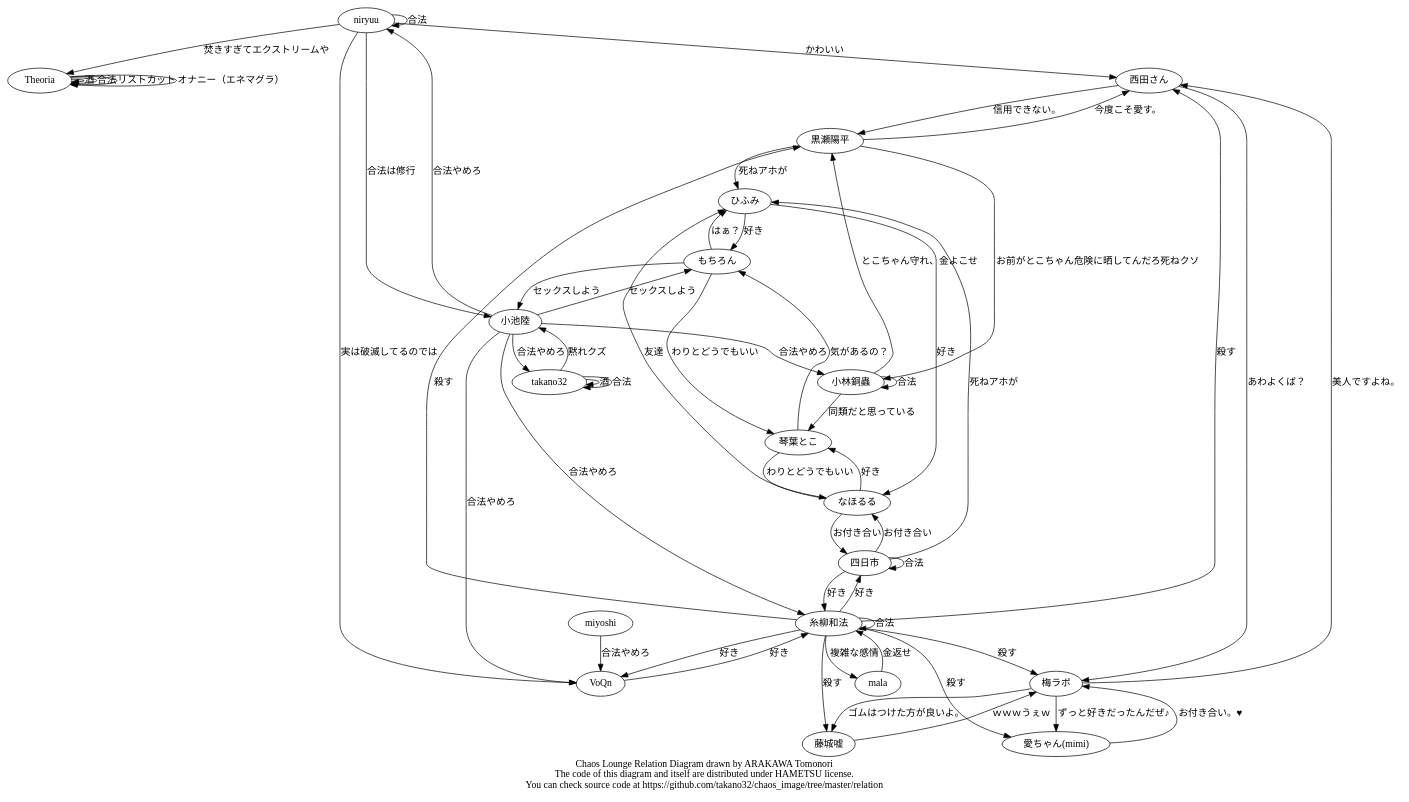
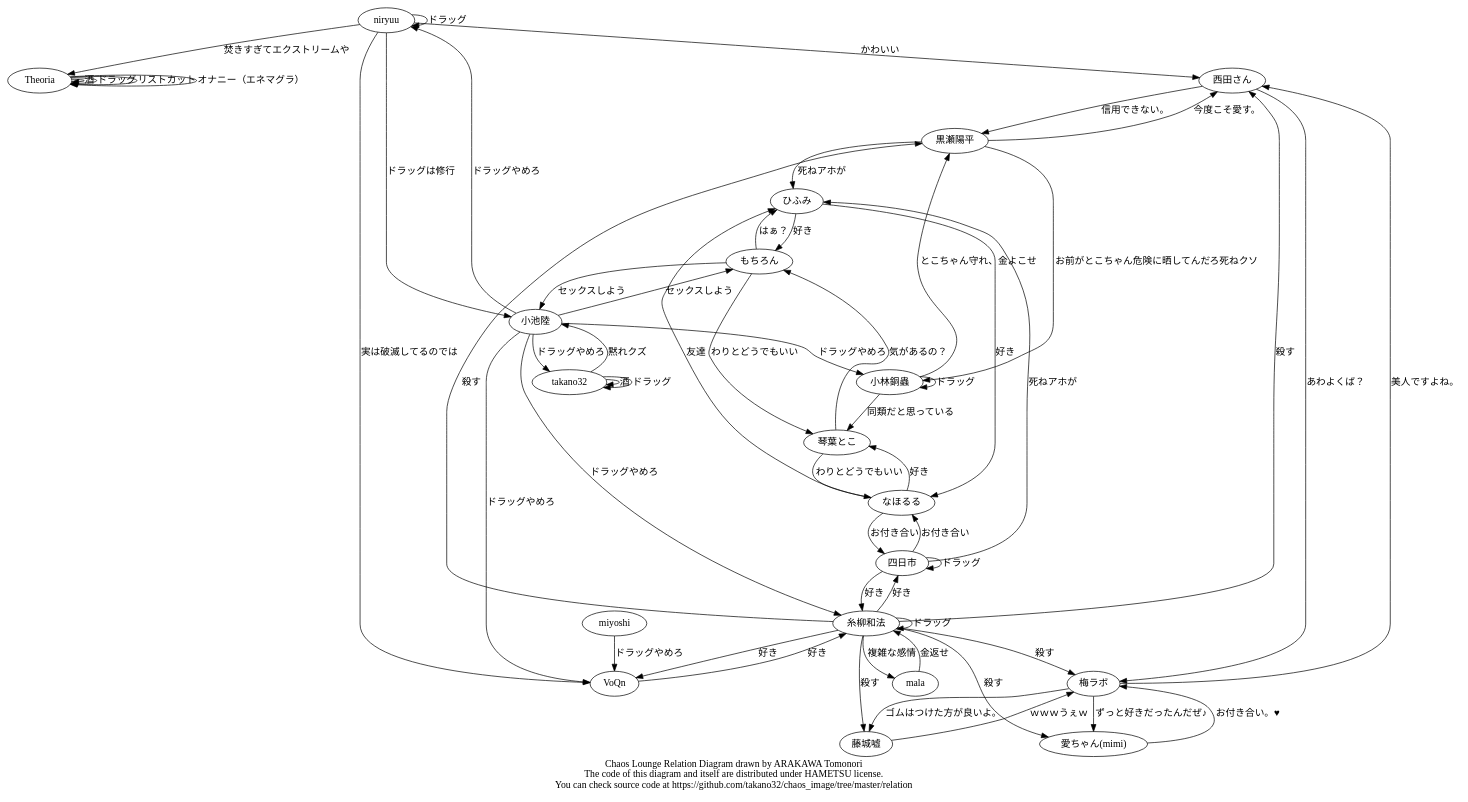
One commit to hametsu/chaos_image changed the diagram in relation/chaos.dot. Above: the diagram before and after it, drawn with Graphviz.

Commit message:
s/合法/ドラッグ/g

```diff
--- a/relation/chaos.dot
+++ b/relation/chaos.dot
@@ -1,65 +1,65 @@
 digraph Chaos {
   Theoria   -> Theoria  [label = "酒"];
-  Theoria   -> Theoria  [label = "合法"];
+  Theoria   -> Theoria  [label = "ドラッグ"];
   Theoria   -> Theoria  [label = "リストカット"];
   Theoria   -> Theoria  [label = "オナニー（エネマグラ）"];
   梅ラボ    -> 藤城嘘   [label = "ゴムはつけた方が良いよ。"];
   梅ラボ    -> 西田さん [label = "美人ですよね。"];
   梅ラボ -> "愛ちゃん(mimi)" [label = "ずっと好きだったんだぜ♪"];
   藤城嘘   -> 梅ラボ   [label = "ｗｗｗうぇｗ"];
   西田さん -> 梅ラボ   [label = "あわよくば？"];
   西田さん -> 黒瀬陽平 [label = "信用できない。"];
   黒瀬陽平 -> 西田さん [label = "今度こそ愛す。"];
   黒瀬陽平 -> 小林銅蟲 [label = "お前がとこちゃん危険に晒してんだろ死ねクソ"];
   黒瀬陽平 -> ひふみ [label = "死ねアホが"];
   "愛ちゃん(mimi)" -> 梅ラボ [label = "お付き合い。♥"];
   糸柳和法 -> 梅ラボ  [label = "殺す"];
   糸柳和法 -> 藤城嘘   [label = "殺す"];
   糸柳和法 -> 黒瀬陽平 [label = "殺す"];
   糸柳和法 -> 西田さん [label = "殺す"];
   糸柳和法 -> "愛ちゃん(mimi)" [label = "殺す"];
   糸柳和法 -> 四日市 [label = "好き"];
   糸柳和法 -> VoQn [label = "好き"];
   糸柳和法 -> mala [label = "複雑な感情"];
-  糸柳和法 -> 糸柳和法 [label = "合法"];
+  糸柳和法 -> 糸柳和法 [label = "ドラッグ"];
   mala -> 糸柳和法 [label = "金返せ"];
-  小池陸 -> 糸柳和法 [label = "合法やめろ"];
-  小池陸 -> takano32 [label = "合法やめろ"];
-  小池陸 -> 小林銅蟲 [label = "合法やめろ"];
-  小池陸 -> VoQn [label = "合法やめろ"];
+  小池陸 -> 糸柳和法 [label = "ドラッグやめろ"];
+  小池陸 -> takano32 [label = "ドラッグやめろ"];
+  小池陸 -> 小林銅蟲 [label = "ドラッグやめろ"];
+  小池陸 -> VoQn [label = "ドラッグやめろ"];
   小池陸 -> もちろん [label = "セックスしよう"];
-  小池陸 -> niryuu [label = "合法やめろ"];
+  小池陸 -> niryuu [label = "ドラッグやめろ"];
   もちろん -> 小池陸 [label = "セックスしよう"];
   もちろん -> 琴葉とこ [label = "わりとどうでもいい"];
   もちろん -> ひふみ [label = "はぁ？"];
-  miyoshi -> VoQn [label = "合法やめろ"];
+  miyoshi -> VoQn [label = "ドラッグやめろ"];
   小林銅蟲 -> 黒瀬陽平 [label = "とこちゃん守れ、金よこせ"];
   小林銅蟲 -> 琴葉とこ [label = "同類だと思っている"];
-  小林銅蟲 -> 小林銅蟲 [label = "合法"];
+  小林銅蟲 -> 小林銅蟲 [label = "ドラッグ"];
   takano32 -> 小池陸 [label = "黙れクズ"];
   takano32 -> takano32 [label = "酒"];
-  takano32 -> takano32 [label = "合法"];
+  takano32 -> takano32 [label = "ドラッグ"];
   なほるる -> 琴葉とこ [label = "好き"];
   なほるる -> 四日市 [label = "お付き合い"];
   なほるる -> ひふみ [label = "友達"];
   琴葉とこ -> なほるる [label = "わりとどうでもいい"];
   琴葉とこ -> もちろん [label = "気があるの？"];
   四日市 -> なほるる [label = "お付き合い"];
   四日市 -> 糸柳和法 [label = "好き"];
-  四日市 -> 四日市 [label = "合法"];
+  四日市 -> 四日市 [label = "ドラッグ"];
   四日市 -> ひふみ [label = "死ねアホが"];
   ひふみ -> なほるる [label = "好き"];
   ひふみ -> もちろん [label = "好き"];
   VoQn -> 糸柳和法 [label = "好き"];
-  niryuu -> 小池陸 [label = "合法は修行"];
-  niryuu -> niryuu [label = "合法"];
+  niryuu -> 小池陸 [label = "ドラッグは修行"];
+  niryuu -> niryuu [label = "ドラッグ"];
   niryuu -> Theoria [label = "焚きすぎてエクストリームや"];
   niryuu -> VoQn [label = "実は破滅してるのでは"];
   niryuu -> 西田さん [label = "かわいい"];
   subgraph cluster_hoge {
     style = filled;
     color = lightgrey;
     // see also http://graphviz.org/content/cluster
   }
   label = "Chaos Lounge Relation Diagram drawn by ARAKAWA Tomonori\nThe code of this diagram and itself are distributed under HAMETSU license.\nYou can check source code at https://github.com/takano32/chaos_image/tree/master/relation";
 }
```
